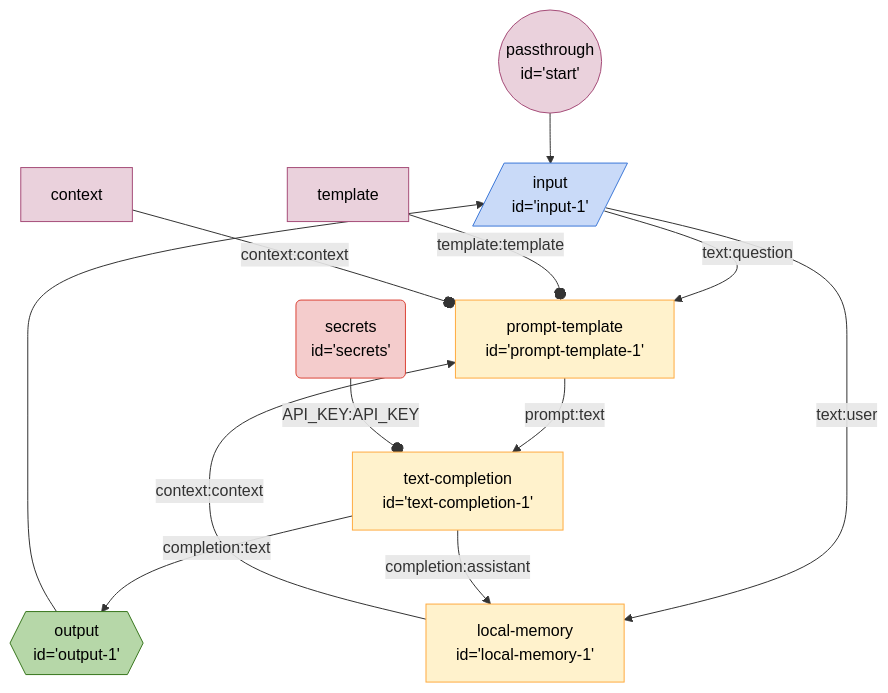
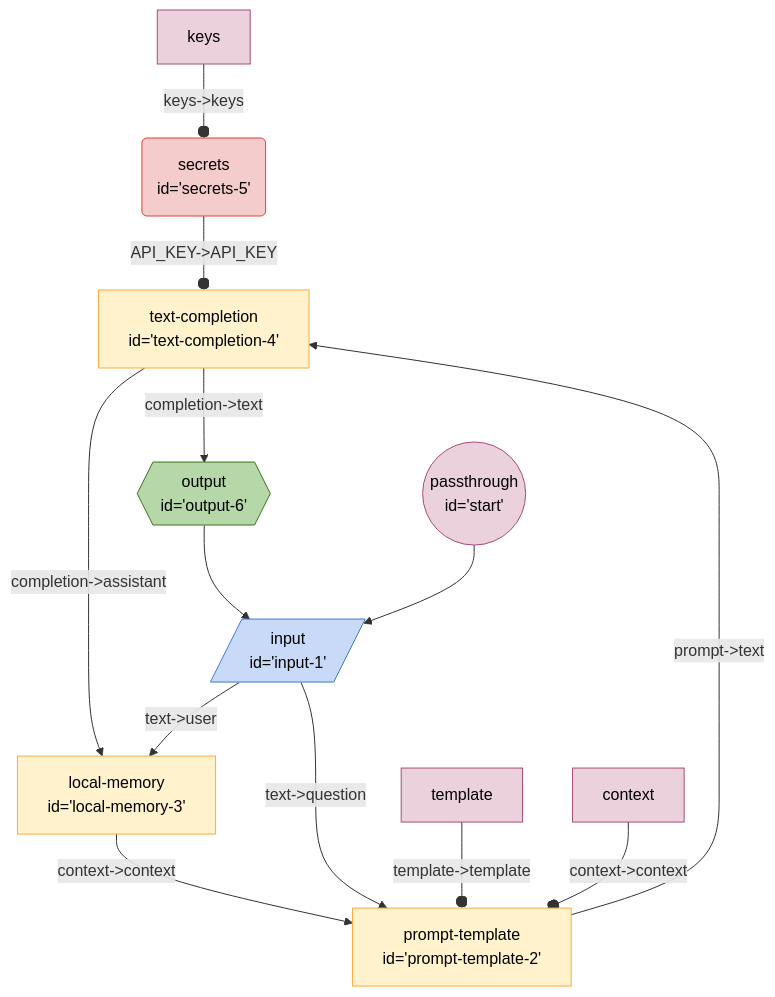
One commit to breadboard-ai/breadboard changed the diagram in seeds/graph-playground/docs/graphs/accumulating-context.md. Above: the diagram before and after it, drawn with Mermaid. The commit also changed other lines of this file and 11 other files, not shown here.

First line of the commit message:
[graph-playground] Generate `accumulating-context`.

````diff
--- a/seeds/graph-playground/docs/graphs/accumulating-context.md
+++ b/seeds/graph-playground/docs/graphs/accumulating-context.md
@@ -4,41 +5,42 @@
-```mermaid
-%%{init: 'themeVariables': { 'fontFamily': 'Fira Code, monospace' }}%%
+  ```mermaid
+  %%{init: 'themeVariables': { 'fontFamily': 'Fira Code, monospace' }}%%
 graph TD;
+secrets5("secrets
+id='secrets-5'"):::secrets -- "API_KEY->API_KEY" --o textcompletion4["text-completion
+id='text-completion-4'"]
+localmemory3["local-memory
+id='local-memory-3'"] -- "context->context" --> prompttemplate2["prompt-template
+id='prompt-template-2'"]
+textcompletion4["text-completion
+id='text-completion-4'"] -- "completion->assistant" --> localmemory3["local-memory
+id='local-memory-3'"]
+output6{{"output
+id='output-6'"}}:::output --> input1[/"input
+id='input-1'"/]:::input
+textcompletion4["text-completion
+id='text-completion-4'"] -- "completion->text" --> output6{{"output
+id='output-6'"}}:::output
+prompttemplate2["prompt-template
+id='prompt-template-2'"] -- "prompt->text" --> textcompletion4["text-completion
+id='text-completion-4'"]
+input1[/"input
+id='input-1'"/]:::input -- "text->question" --> prompttemplate2["prompt-template
+id='prompt-template-2'"]
+input1[/"input
+id='input-1'"/]:::input -- "text->user" --> localmemory3["local-memory
+id='local-memory-3'"]
 start(("passthrough
 id='start'")):::passthrough --> input1[/"input
 id='input-1'"/]:::input
-input1[/"input
-id='input-1'"/]:::input -- text:question --> prompttemplate1["prompt-template
-id='prompt-template-1'"]
-prompttemplate1["prompt-template
-id='prompt-template-1'"] -- prompt:text --> textcompletion1["text-completion
-id='text-completion-1'"]
-secrets("secrets
-id='secrets'"):::secrets -- API_KEY:API_KEY --o textcompletion1["text-completion
-id='text-completion-1'"]
-textcompletion1["text-completion
-id='text-completion-1'"] -- completion:text --> output1{{"output
-id='output-1'"}}:::output
-input1[/"input
-id='input-1'"/]:::input -- text:user --> localmemory1["local-memory
-id='local-memory-1'"]
-textcompletion1["text-completion
-id='text-completion-1'"] -- completion:assistant --> localmemory1["local-memory
-id='local-memory-1'"]
-output1{{"output
-id='output-1'"}}:::output --> input1[/"input
-id='input-1'"/]:::input
-localmemory1["local-memory
-id='local-memory-1'"] -- context:context --> prompttemplate1["prompt-template
-id='prompt-template-1'"]
-templateprompttemplate1[template]:::config -- template:template --o prompttemplate1
-contextprompttemplate1[context]:::config -- context:context --o prompttemplate1
+templateprompttemplate2[template]:::config -- "template->template" --o prompttemplate2
+contextprompttemplate2[context]:::config -- "context->context" --o prompttemplate2
+keyssecrets5[keys]:::config -- "keys->keys" --o secrets5
 classDef default stroke:#ffab40,fill:#fff2ccff,color:#000
 classDef input stroke:#3c78d8,fill:#c9daf8ff,color:#000
 classDef output stroke:#38761d,fill:#b6d7a8ff,color:#000
 classDef passthrough stroke:#a64d79,fill:#ead1dcff,color:#000
 classDef slot stroke:#a64d79,fill:#ead1dcff,color:#000
 classDef config stroke:#a64d79,fill:#ead1dcff,color:#000
 classDef secrets stroke:#db4437,fill:#f4cccc,color:#000
 classDef slotted stroke:#a64d79
-```
+  ```
````
